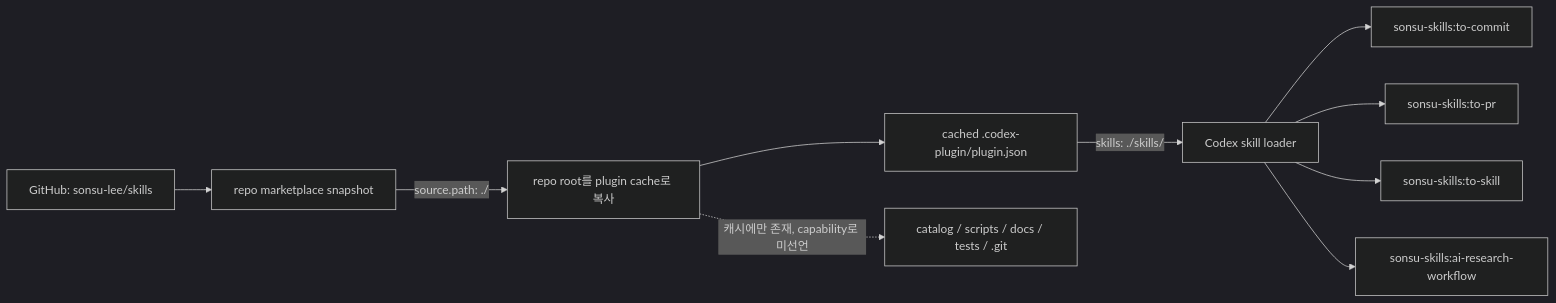
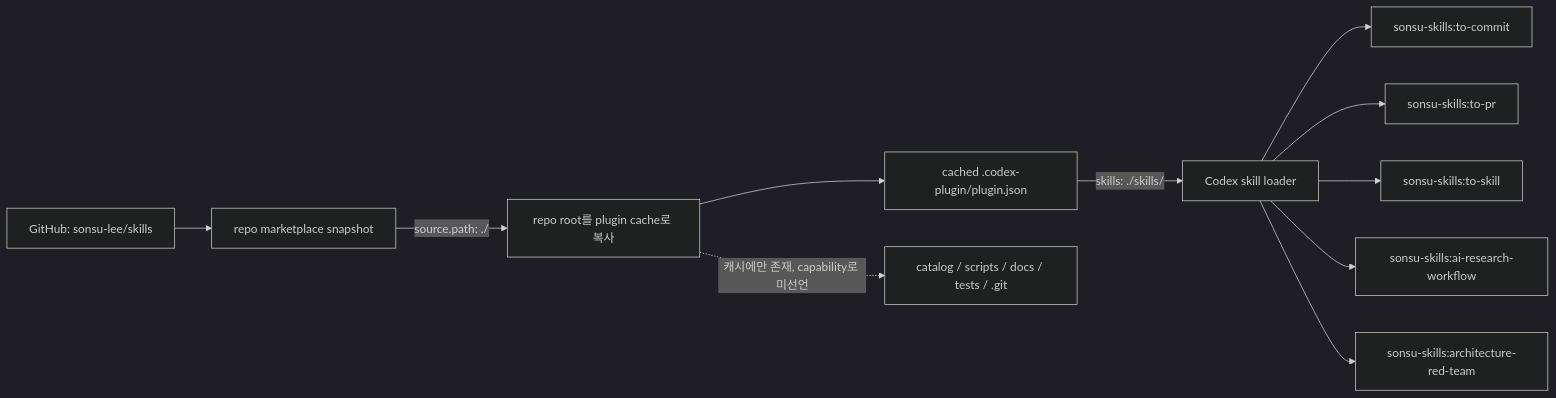
The diagram in docs/DESIGN.md (sonsu-lee/skills), drawn with Mermaid (dark theme) before and after one commit. The commit also changed other lines of this file and 9 other files, not shown here.

Commit message:
feat(architecture): add read-only red-team review (#17)

````diff
--- a/docs/DESIGN.md
+++ b/docs/DESIGN.md
@@ -135,12 +135,13 @@
 ```mermaid
 flowchart LR
     A["GitHub: sonsu-lee/skills"] --> B["repo marketplace snapshot"]
     B -->|"source.path: ./"| C["repo root를 plugin cache로 복사"]
     C --> D["cached .codex-plugin/plugin.json"]
     D -->|"skills: ./skills/"| E["Codex skill loader"]
     E --> F["sonsu-skills:to-commit"]
     E --> G["sonsu-skills:to-pr"]
     E --> H["sonsu-skills:to-skill"]
     E --> J["sonsu-skills:ai-research-workflow"]
+    E --> K["sonsu-skills:architecture-red-team"]
     C -. "캐시에만 존재, capability로 미선언" .-> I["catalog / scripts / docs / tests / .git"]
 ```
````
